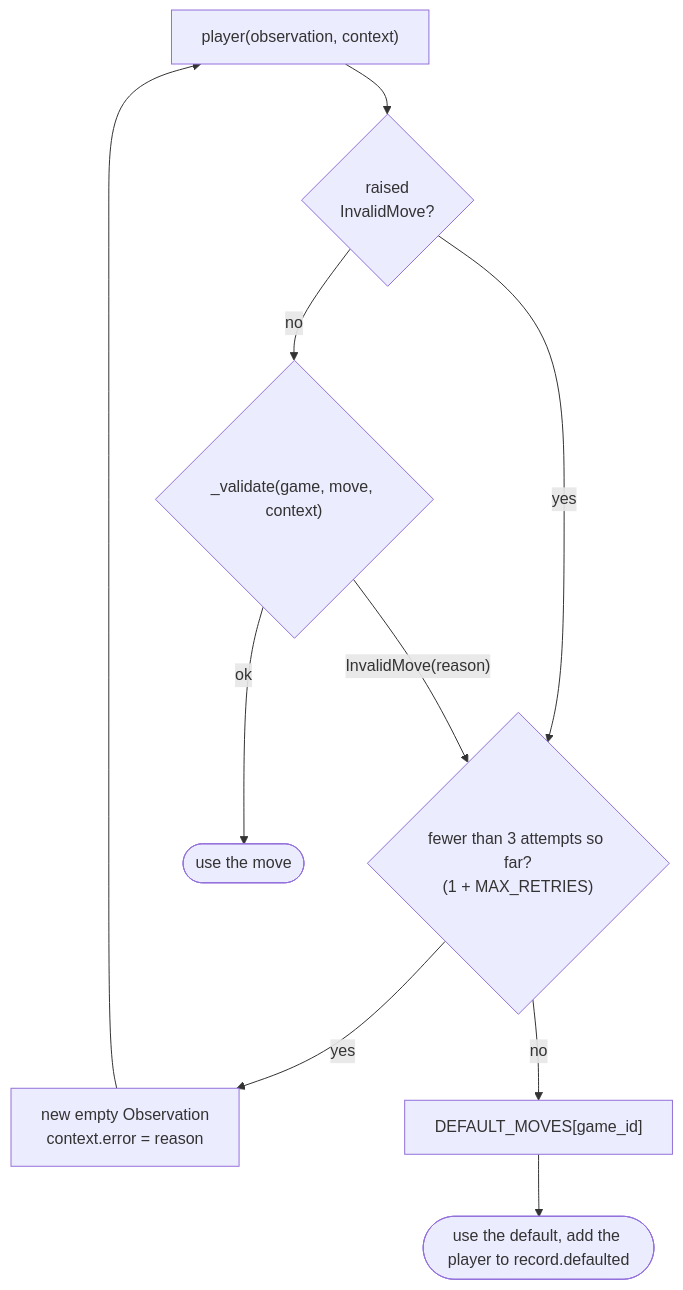
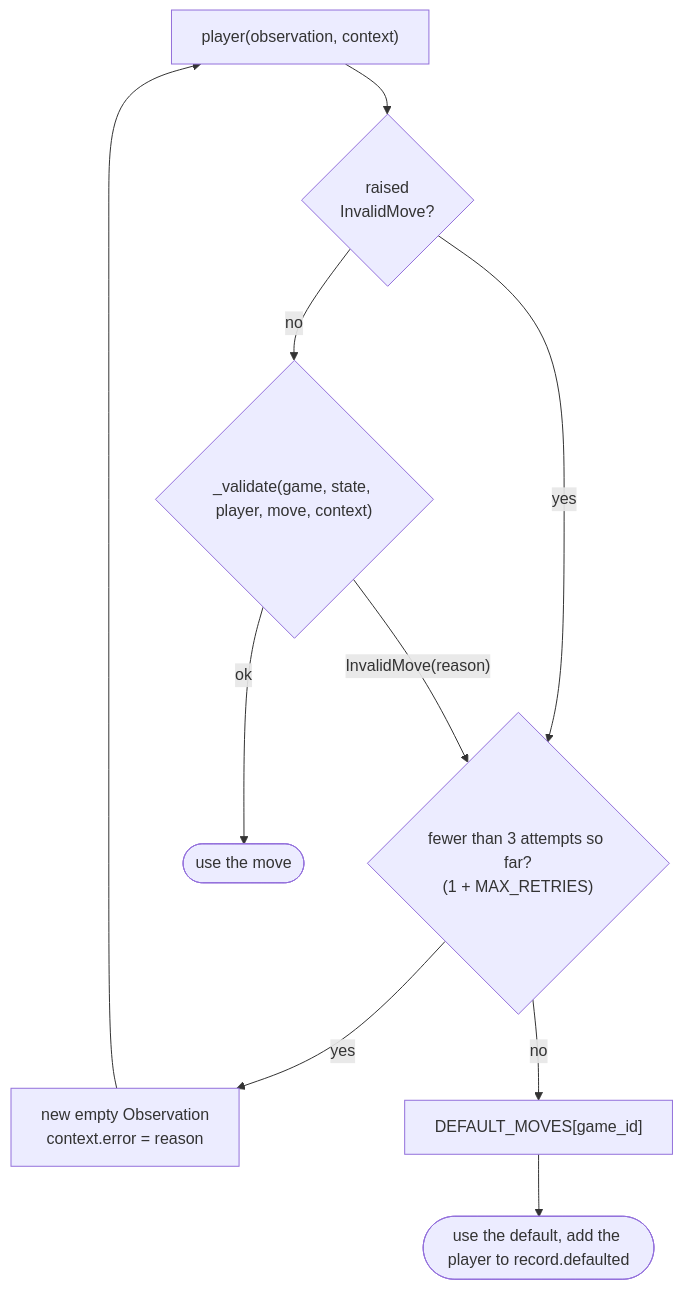
The eighth of 14 diagrams in docs/architecture.md (CarlosGIbanez/SPAR-Harness-Strategic-Interaction-Agents), drawn with Mermaid before and after one commit. The commit also changed other lines of this file and 12 other files, not shown here.

````diff
--- a/docs/architecture.md
+++ b/docs/architecture.md
@@ -340,11 +340,11 @@
 ```mermaid
 flowchart TD
     ask["player(observation, context)"] --> raised{"raised<br/>InvalidMove?"}
     raised -- "yes" --> retry
-    raised -- "no" --> val{"_validate(game, move, context)"}
+    raised -- "no" --> val{"_validate(game, state, player, move, context)"}
     val -- "ok" --> ok(["use the move"])
     val -- "InvalidMove(reason)" --> retry{"fewer than 3 attempts so far?<br/>(1 + MAX_RETRIES)"}
     retry -- "yes" --> again["new empty Observation<br/>context.error = reason"] --> ask
     retry -- "no" --> def["DEFAULT_MOVES[game_id]"]
     def --> mark(["use the default, add the player to record.defaulted"])
 ```
````
